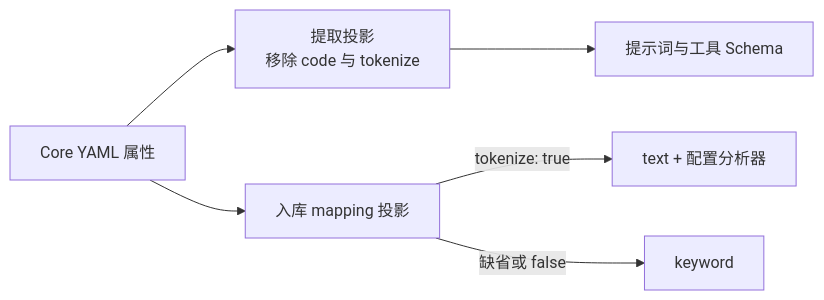
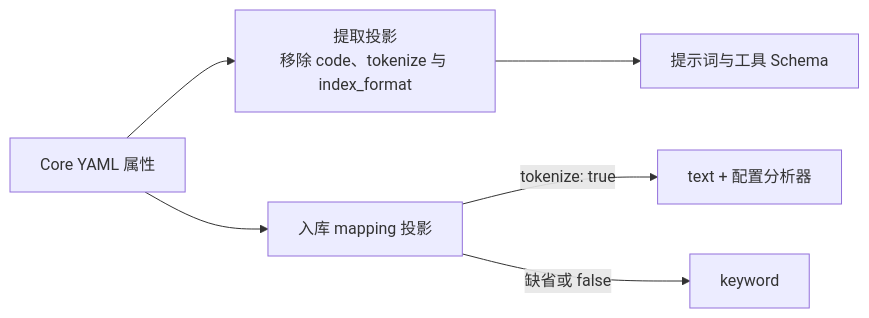
The diagram in description/architecture/data/field-definition.md (caicai-6666/contract-service-be), drawn with Mermaid before and after one commit. The commit also changed other lines of this file and 351 other files, not shown here.

````diff
--- a/description/architecture/data/field-definition.md
+++ b/description/architecture/data/field-definition.md
@@ -106,14 +110,14 @@
 ```mermaid
 flowchart LR
     yaml["Core YAML 属性"]
-    model_projection["提取投影<br/>移除 code 与 tokenize"]
+    model_projection["提取投影<br/>移除 code、tokenize 与 index_format"]
     model["提示词与工具 Schema"]
     index_projection["入库 mapping 投影"]
     text["text + 配置分析器"]
     keyword["keyword"]
 
     yaml --> model_projection --> model
     yaml --> index_projection
     index_projection -->|"tokenize: true"| text
     index_projection -->|"缺省或 false"| keyword
 ```
````
